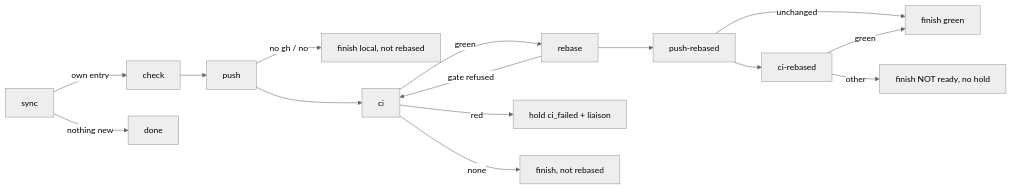
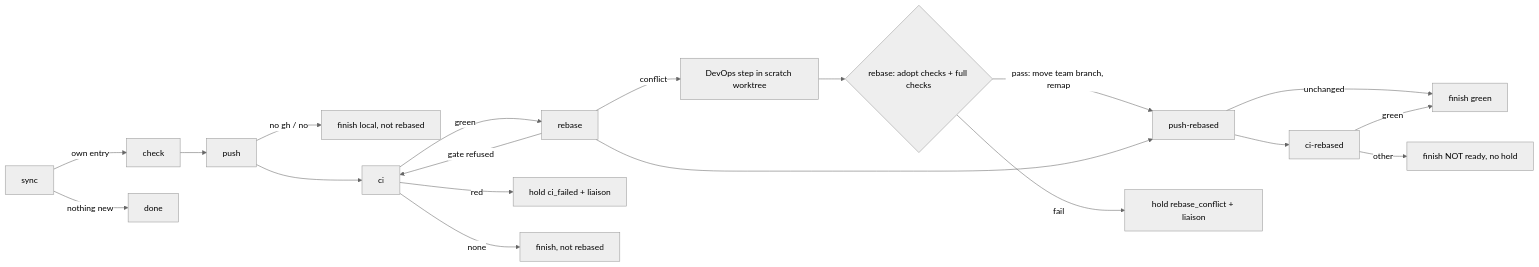
One commit to devnu11/claude-skills changed the diagram in agile-team/docs/design/s151.md. Above: the diagram before and after it, drawn with Mermaid (neutral theme). The commit also changed other lines of this file and 12 other files, not shown here.

First line of the commit message:
fixup! feat(s151): The sprint end pushes the team branch as it is, opens the PR, then rebases

````diff
--- a/agile-team/docs/design/s151.md
+++ b/agile-team/docs/design/s151.md
@@ -97,16 +197,20 @@
 ```mermaid
 flowchart LR
   sync -->|own entry| check --> push
   sync -->|nothing new| done
   push -->|no gh / no| local[finish local, not rebased]
   push --> ci
   ci -->|green| rebase
   ci -->|red| held[hold ci_failed + liaison]
   ci -->|none| none[finish, not rebased]
   rebase -->|gate refused| ci
+  rebase -->|conflict| devops[DevOps step in scratch worktree]
+  devops --> adopt{rebase: adopt checks + full checks}
+  adopt -->|pass: move team branch, remap| pushr
+  adopt -->|fail| cheld[hold rebase_conflict + liaison]
   rebase --> pushr[push-rebased]
   pushr -->|unchanged| ready[finish green]
   pushr --> cir[ci-rebased]
   cir -->|green| ready
   cir -->|other| notready[finish NOT ready, no hold]
 ```
````
